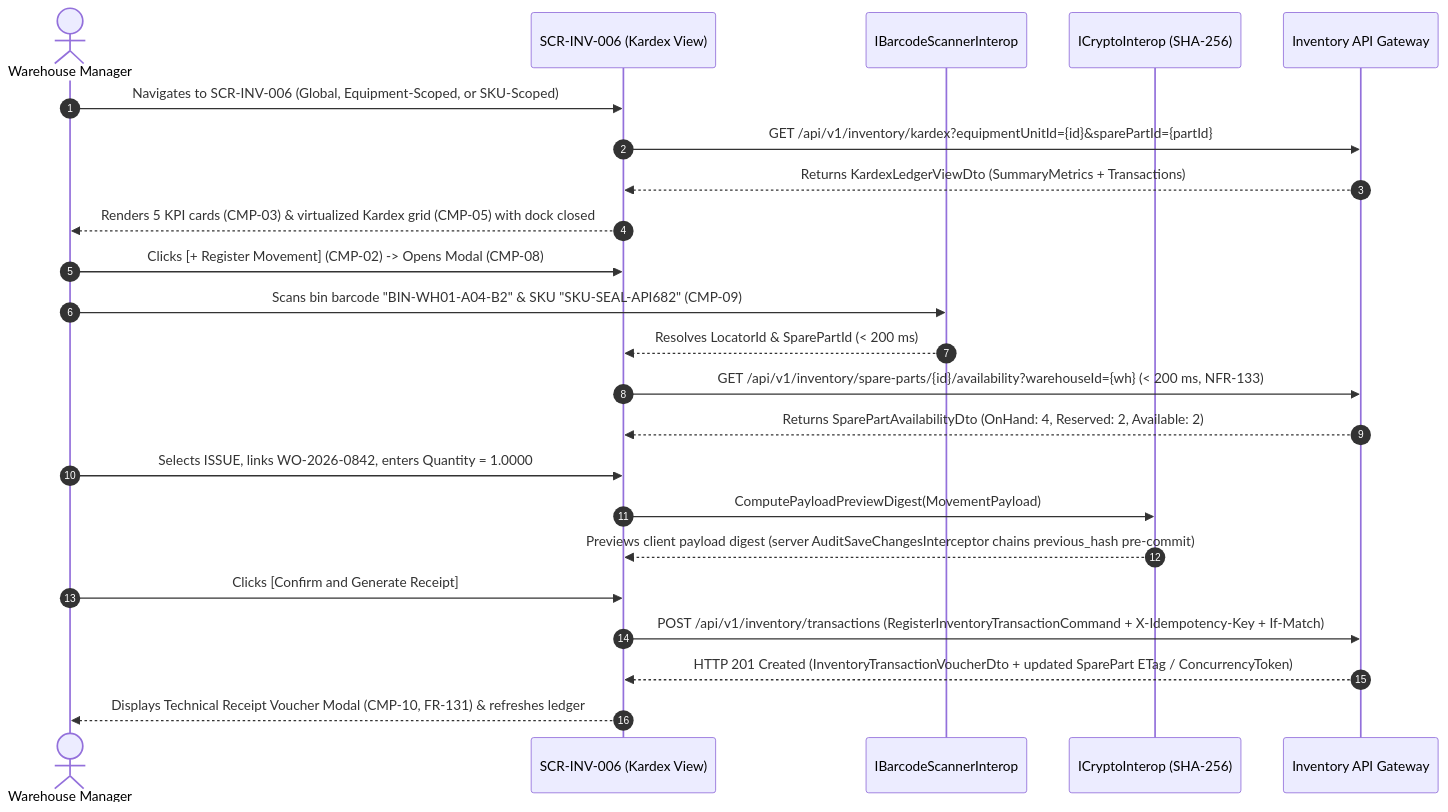
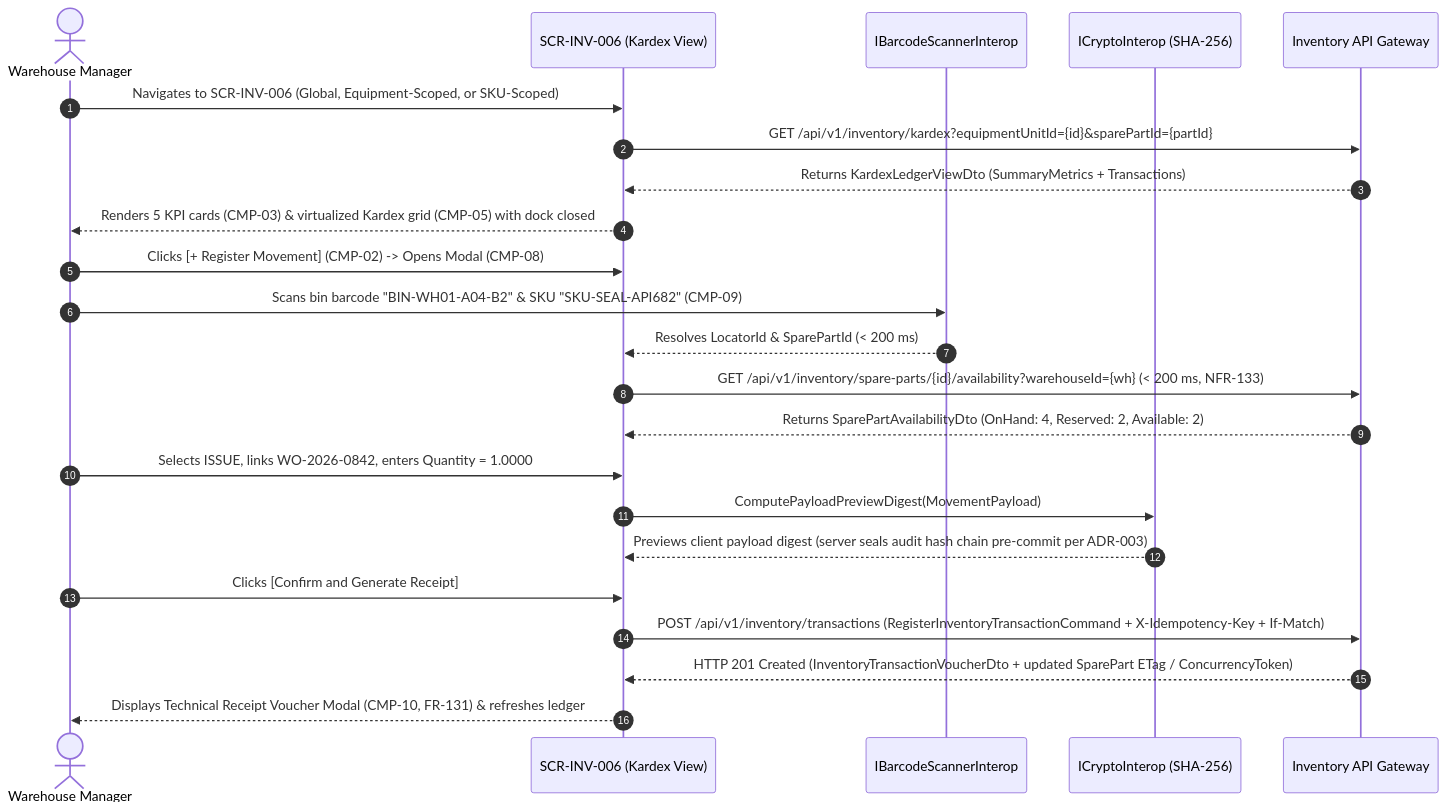
The diagram in ui-ux/screens/inv/SCR-INV-006.md (Novav20/adso-dteam-docs), drawn with Mermaid before and after one commit. The commit also changed other lines of this file and 8 other files, not shown here.

````diff
--- a/ui-ux/screens/inv/SCR-INV-006.md
+++ b/ui-ux/screens/inv/SCR-INV-006.md
@@ -240,26 +240,26 @@
 ```mermaid
 sequenceDiagram
     autonumber
     actor WM as Warehouse Manager
     participant UI as SCR-INV-006 (Kardex View)
     participant Scanner as IBarcodeScannerInterop
     participant Crypto as ICryptoInterop (SHA-256)
     participant API as Inventory API Gateway
 
     WM->>UI: Navigates to SCR-INV-006 (Global, Equipment-Scoped, or SKU-Scoped)
     UI->>API: GET /api/v1/inventory/kardex?equipmentUnitId={id}&sparePartId={partId}
     API-->>UI: Returns KardexLedgerViewDto (SummaryMetrics + Transactions)
     UI-->>WM: Renders 5 KPI cards (CMP-03) & virtualized Kardex grid (CMP-05) with dock closed
     WM->>UI: Clicks [+ Register Movement] (CMP-02) -> Opens Modal (CMP-08)
     WM->>Scanner: Scans bin barcode "BIN-WH01-A04-B2" & SKU "SKU-SEAL-API682" (CMP-09)
     Scanner-->>UI: Resolves LocatorId & SparePartId (< 200 ms)
     UI->>API: GET /api/v1/inventory/spare-parts/{id}/availability?warehouseId={wh} (< 200 ms, NFR-133)
     API-->>UI: Returns SparePartAvailabilityDto (OnHand: 4, Reserved: 2, Available: 2)
     WM->>UI: Selects ISSUE, links WO-2026-0842, enters Quantity = 1.0000
     UI->>Crypto: ComputePayloadPreviewDigest(MovementPayload)
-    Crypto-->>UI: Previews client payload digest (server AuditSaveChangesInterceptor chains previous_hash pre-commit)
+    Crypto-->>UI: Previews client payload digest (server seals audit hash chain pre-commit per ADR-003)
     WM->>UI: Clicks [Confirm and Generate Receipt]
     UI->>API: POST /api/v1/inventory/transactions (RegisterInventoryTransactionCommand + X-Idempotency-Key + If-Match)
     API-->>UI: HTTP 201 Created (InventoryTransactionVoucherDto + updated SparePart ETag / ConcurrencyToken)
     UI-->>WM: Displays Technical Receipt Voucher Modal (CMP-10, FR-131) & refreshes ledger
 ```
````
